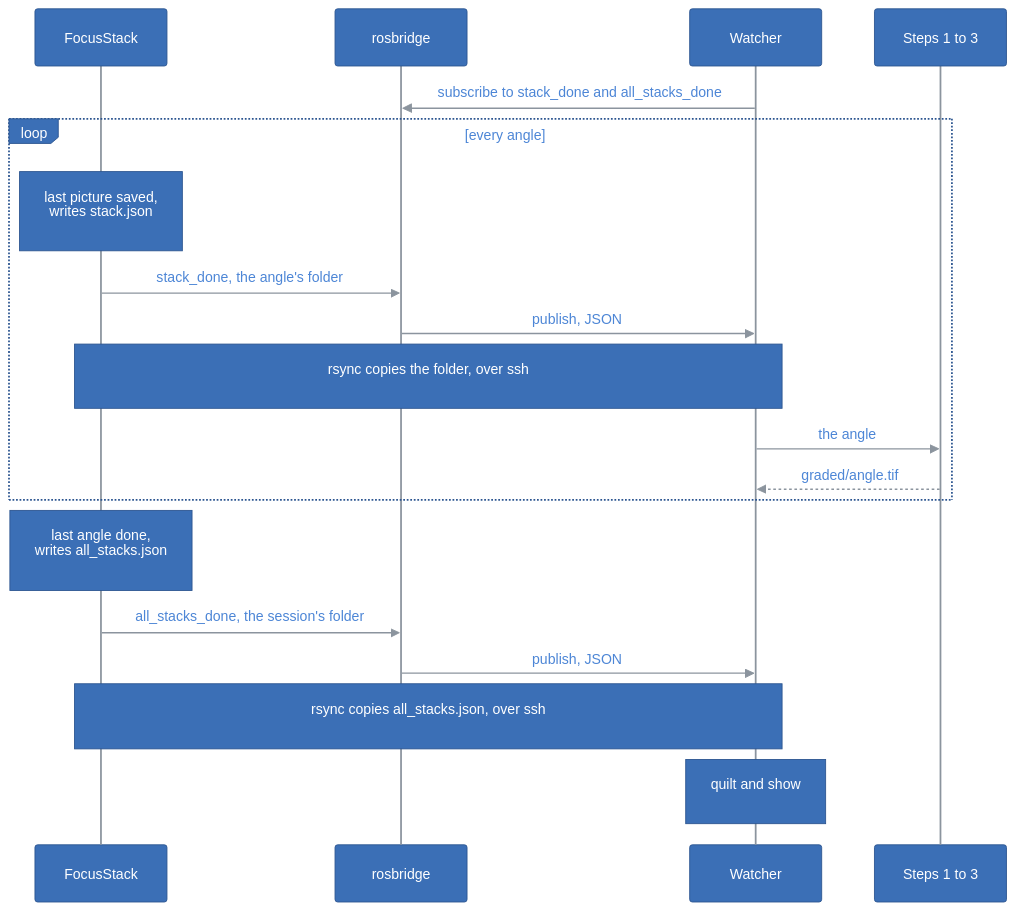
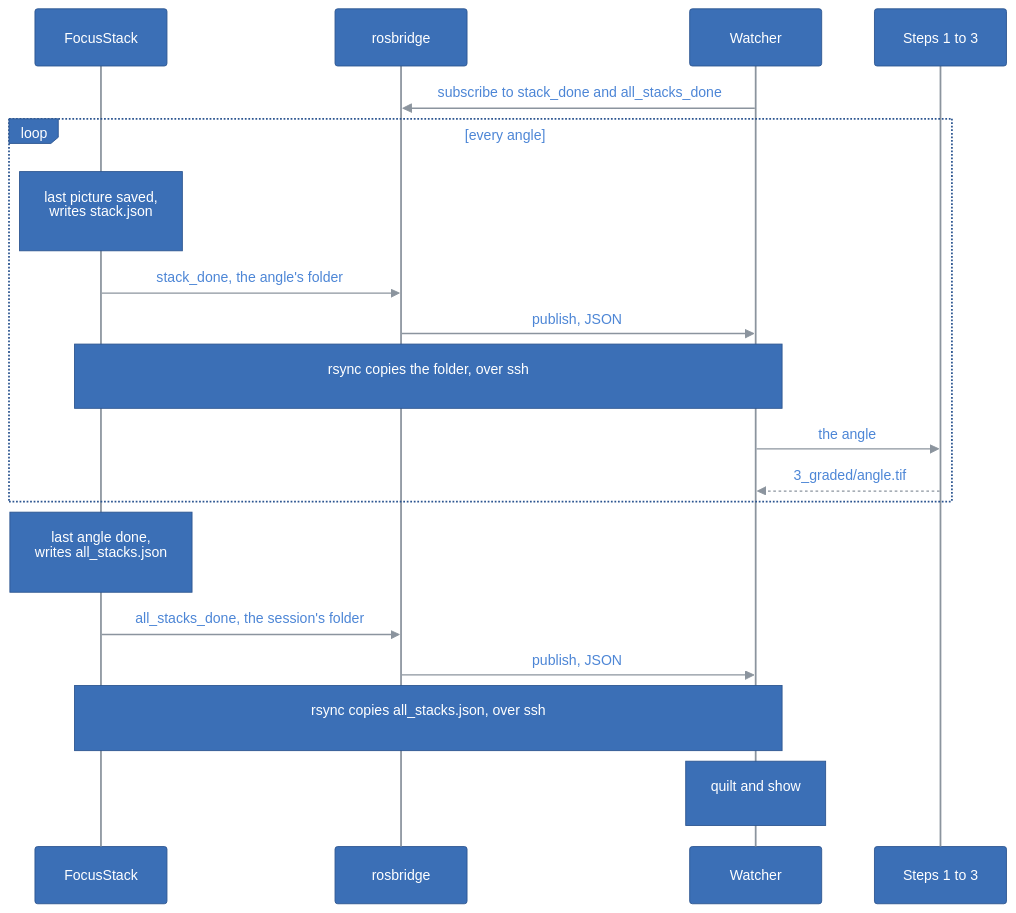
Before and after one commit to kineticsystem/stepit-stacker: the second of 2 diagrams in docs/ARCHITECTURE.md, drawn with Mermaid. The commit also changed other lines of this file and 5 other files, not shown here.

````diff
--- a/docs/ARCHITECTURE.md
+++ b/docs/ARCHITECTURE.md
@@ -214,75 +214,75 @@
 ```mermaid
 ---
 config:
   theme: base
   themeCSS: ".edgeLabel p { padding: 4px 10px; }"
   flowchart:
     padding: 20
     nodeSpacing: 40
     rankSpacing: 50
   class:
     padding: 16
   sequence:
     boxMargin: 12
     boxTextMargin: 8
     noteMargin: 28
     messageMargin: 40
     actorMargin: 60
     labelBoxWidth: 56
     labelBoxHeight: 28
   themeVariables:
     primaryColor: "#3b6fb6"
     primaryTextColor: "#ffffff"
     primaryBorderColor: "#2c5590"
     lineColor: "#8b949e"
     textColor: "#4d86d6"
     actorBkg: "#3b6fb6"
     actorBorder: "#2c5590"
     actorTextColor: "#ffffff"
     actorLineColor: "#8b949e"
     signalColor: "#8b949e"
     signalTextColor: "#4d86d6"
     noteBkgColor: "#3b6fb6"
     noteTextColor: "#ffffff"
     noteBorderColor: "#2c5590"
     secondaryColor: "#3b6fb6"
     tertiaryColor: "#3b6fb6"
     clusterBkg: "transparent"
     clusterBorder: "#8b949e"
     titleColor: "#4d86d6"
     edgeLabelBackground: "#3b6fb6"
     classText: "#ffffff"
     labelBoxBkgColor: "#3b6fb6"
     labelBoxBorderColor: "#2c5590"
     labelTextColor: "#ffffff"
     loopTextColor: "#4d86d6"
     mainBkg: "#3b6fb6"
     nodeBorder: "#2c5590"
     nodeTextColor: "#ffffff"
     secondaryBorderColor: "#2c5590"
     secondaryTextColor: "#ffffff"
     tertiaryBorderColor: "#2c5590"
     tertiaryTextColor: "#ffffff"
     errorBkgColor: "#3b6fb6"
     errorTextColor: "#ffffff"
 ---
 sequenceDiagram
     participant Rig as FocusStack
     participant Rosbridge as rosbridge
     participant Watcher as Watcher
     participant Steps as Steps 1 to 3
     Watcher->>Rosbridge: subscribe to stack_done and all_stacks_done
     loop every angle
         Note over Rig: last picture saved,<br/>writes stack.json
         Rig->>Rosbridge: stack_done, the angle's folder
         Rosbridge->>Watcher: publish, JSON
         Note over Rig,Watcher: rsync copies the folder, over ssh
         Watcher->>Steps: the angle
-        Steps-->>Watcher: graded/angle.tif
+        Steps-->>Watcher: 3_graded/angle.tif
     end
     Note over Rig: last angle done,<br/>writes all_stacks.json
     Rig->>Rosbridge: all_stacks_done, the session's folder
     Rosbridge->>Watcher: publish, JSON
     Note over Rig,Watcher: rsync copies all_stacks.json, over ssh
     Note over Watcher: quilt and show
 ```
````
